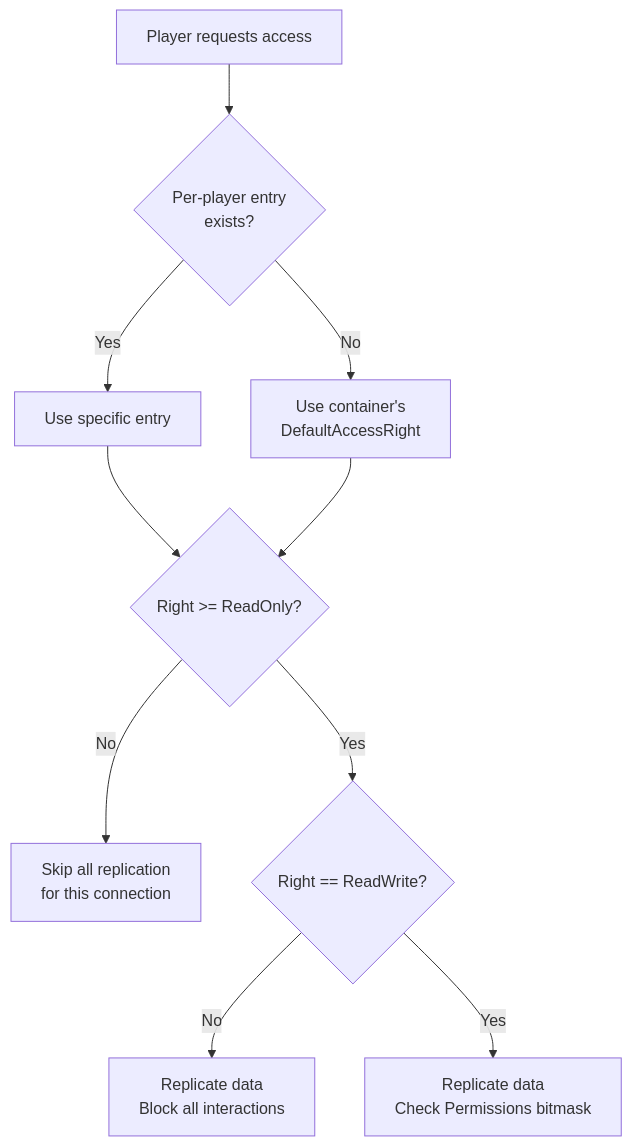
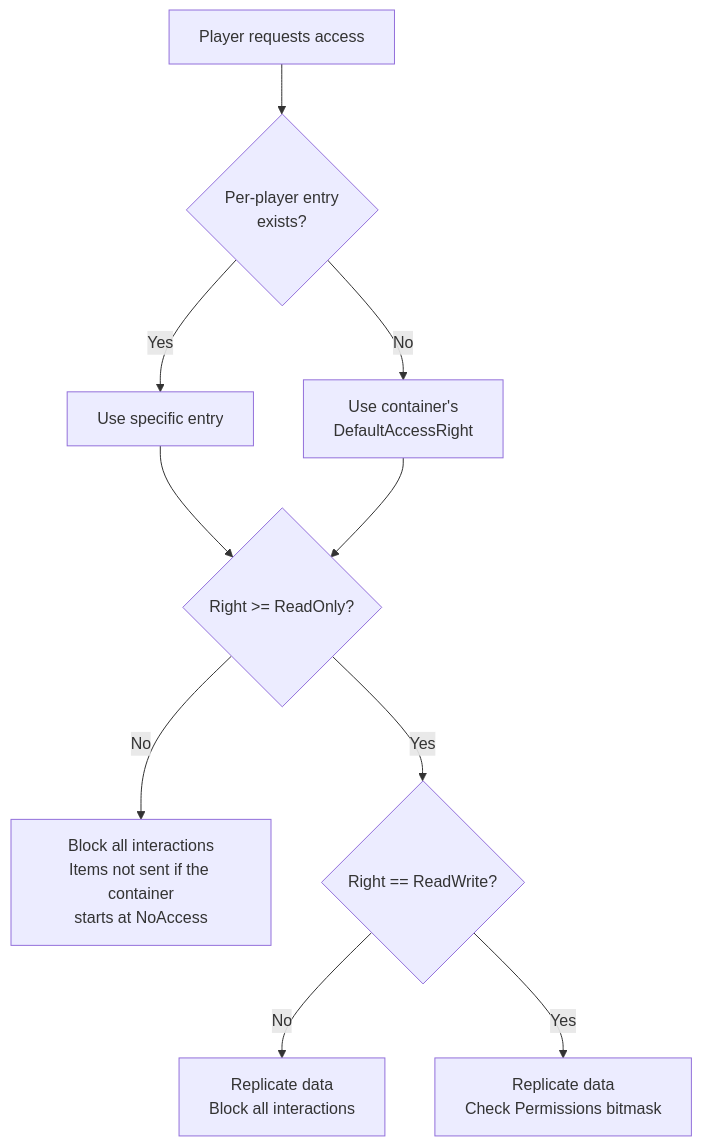
One commit to outliyr/outliyr-docs changed the diagram in outliyr-framework/docs/base-lyra-modified/items/access-rights-and-permissions/access-rights.md. Above: the diagram before and after it, drawn with Mermaid. The commit also changed other lines of this file and 63 other files, not shown here.

````diff
--- a/outliyr-framework/docs/base-lyra-modified/items/access-rights-and-permissions/access-rights.md
+++ b/outliyr-framework/docs/base-lyra-modified/items/access-rights-and-permissions/access-rights.md
@@ -28,12 +28,12 @@
 ```mermaid
 flowchart TD
     A["Player requests access"] --> B{"Per-player entry<br/>exists?"}
     B -->|Yes| C["Use specific entry"]
     B -->|No| D["Use container's<br/>DefaultAccessRight"]
     C --> E{"Right >= ReadOnly?"}
     D --> E
-    E -->|No| F["Skip all replication<br/>for this connection"]
+    E -->|No| F["Block all interactions<br/>Items not sent if the container<br/>starts at NoAccess"]
     E -->|Yes| G{"Right == ReadWrite?"}
     G -->|No| H["Replicate data<br/>Block all interactions"]
     G -->|Yes| I["Replicate data<br/>Check Permissions bitmask"]
 ```
````
